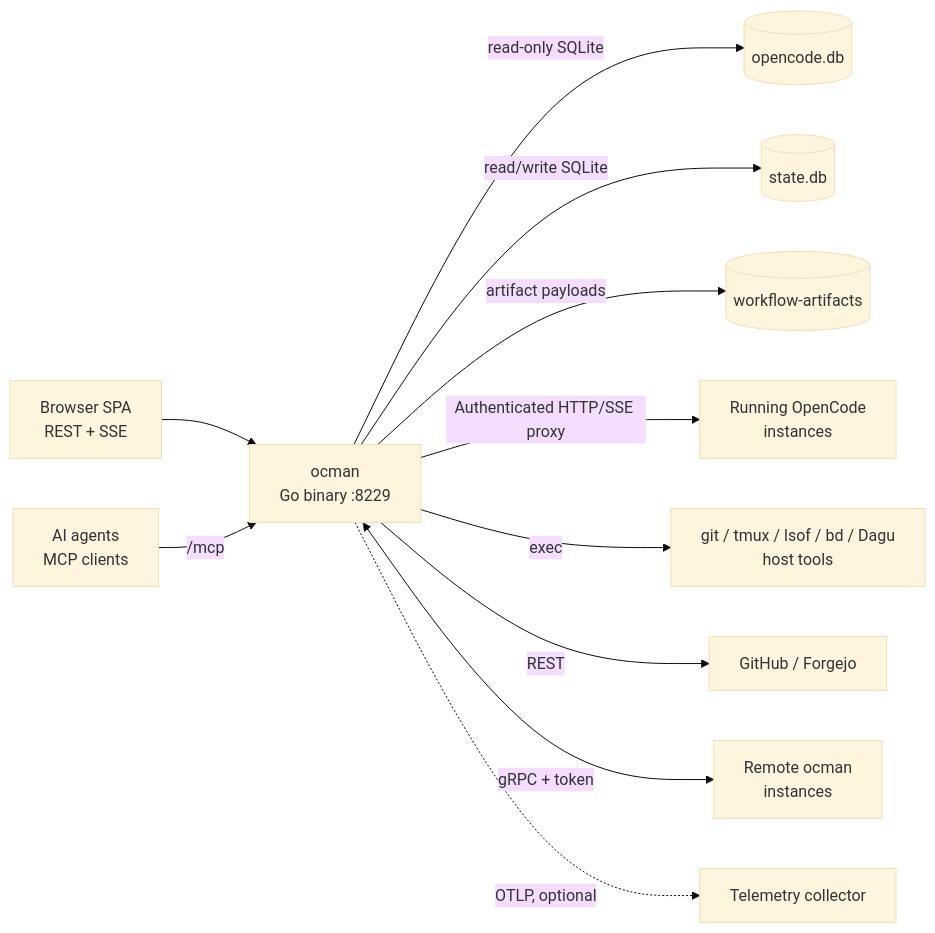
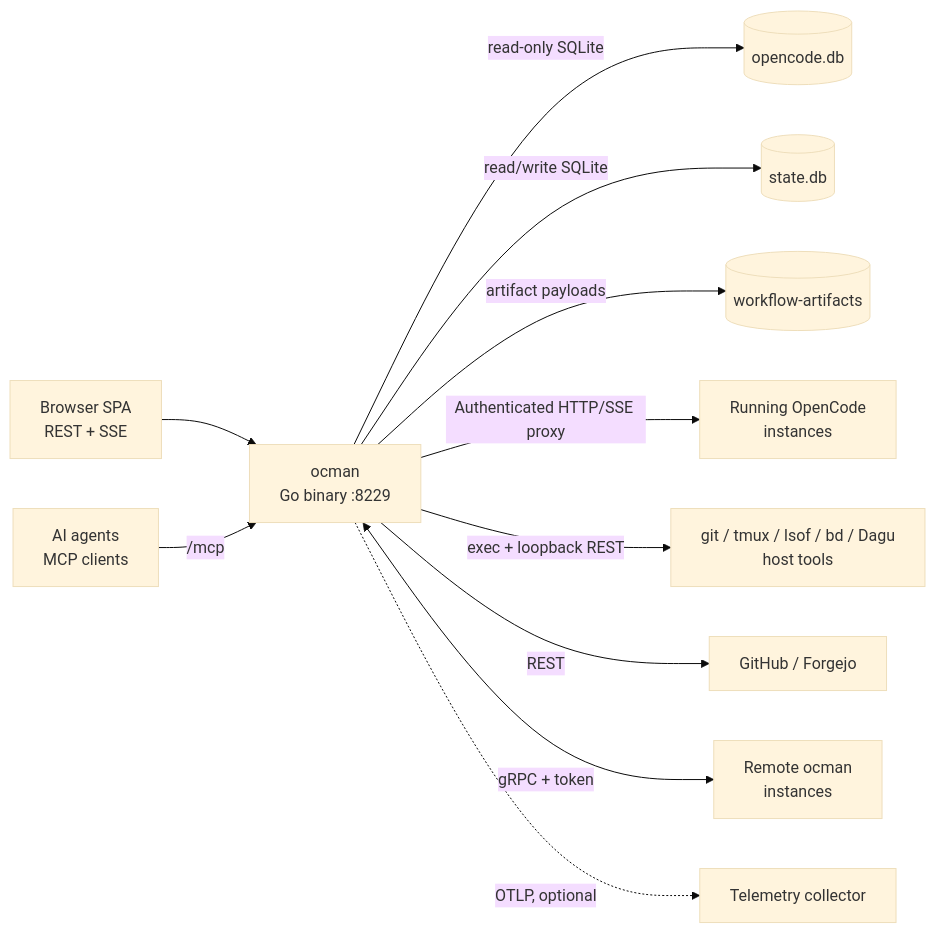
Before and after one commit to ocman/ocman: the first of 4 diagrams in docs/architecture.md, drawn with Mermaid (base theme). The commit also changed other lines of this file and 29 other files, not shown here.

````diff
--- a/docs/architecture.md
+++ b/docs/architecture.md
@@ -15,13 +15,13 @@
 ```mermaid
 flowchart LR
     Browser[Browser SPA<br/>REST + SSE] --> Ocman[ocman<br/>Go binary :8229]
     Agent[AI agents<br/>MCP clients] -->|/mcp| Ocman
     Ocman -->|read-only SQLite| OCDB[(opencode.db)]
     Ocman -->|read/write SQLite| StateDB[(state.db)]
     Ocman -->|artifact payloads| Blobs[(workflow-artifacts)]
     Ocman -->|Authenticated HTTP/SSE proxy| OCInst[Running OpenCode<br/>instances]
-    Ocman -->|exec| Shell[git / tmux / lsof / bd / Dagu<br/>host tools]
+    Ocman -->|exec + loopback REST| Shell[git / tmux / lsof / bd / Dagu<br/>host tools]
     Ocman -->|REST| Forges[GitHub / Forgejo]
     Ocman <-->|gRPC + token| Remotes[Remote ocman<br/>instances]
     Ocman -.->|OTLP, optional| Otel[Telemetry collector]
 ```
````
